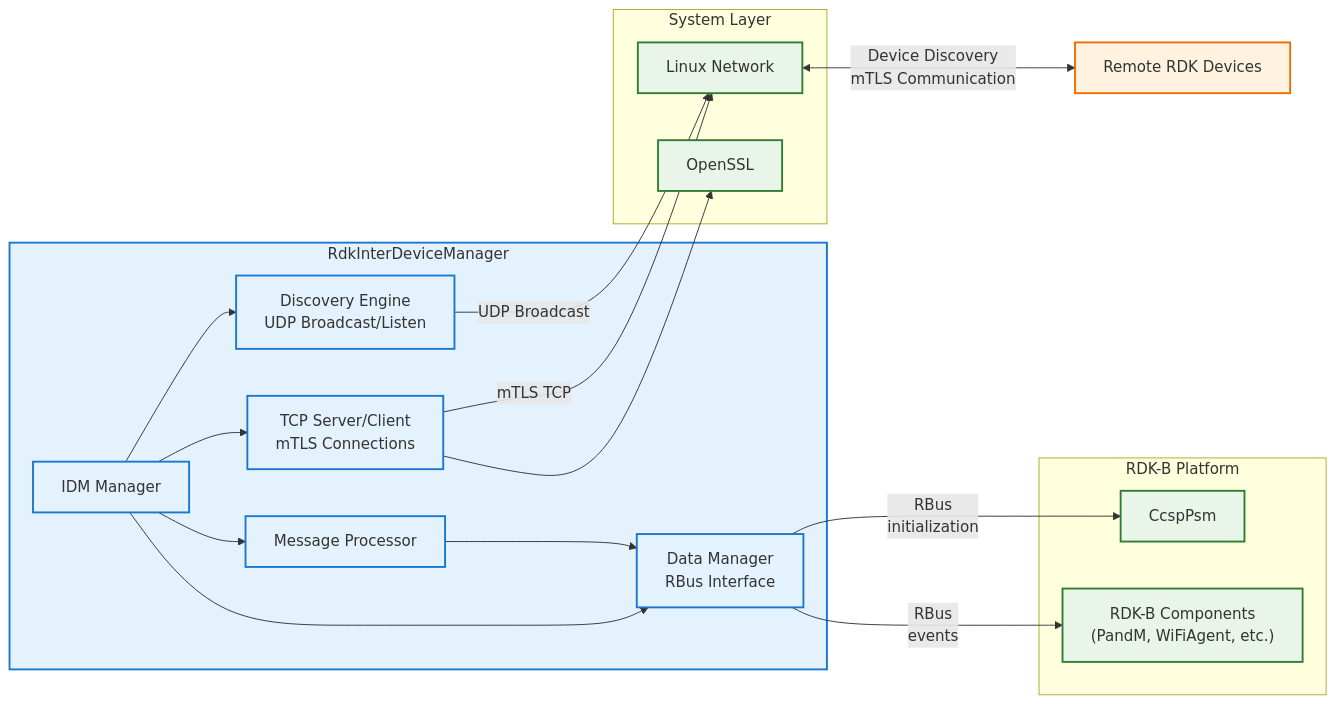
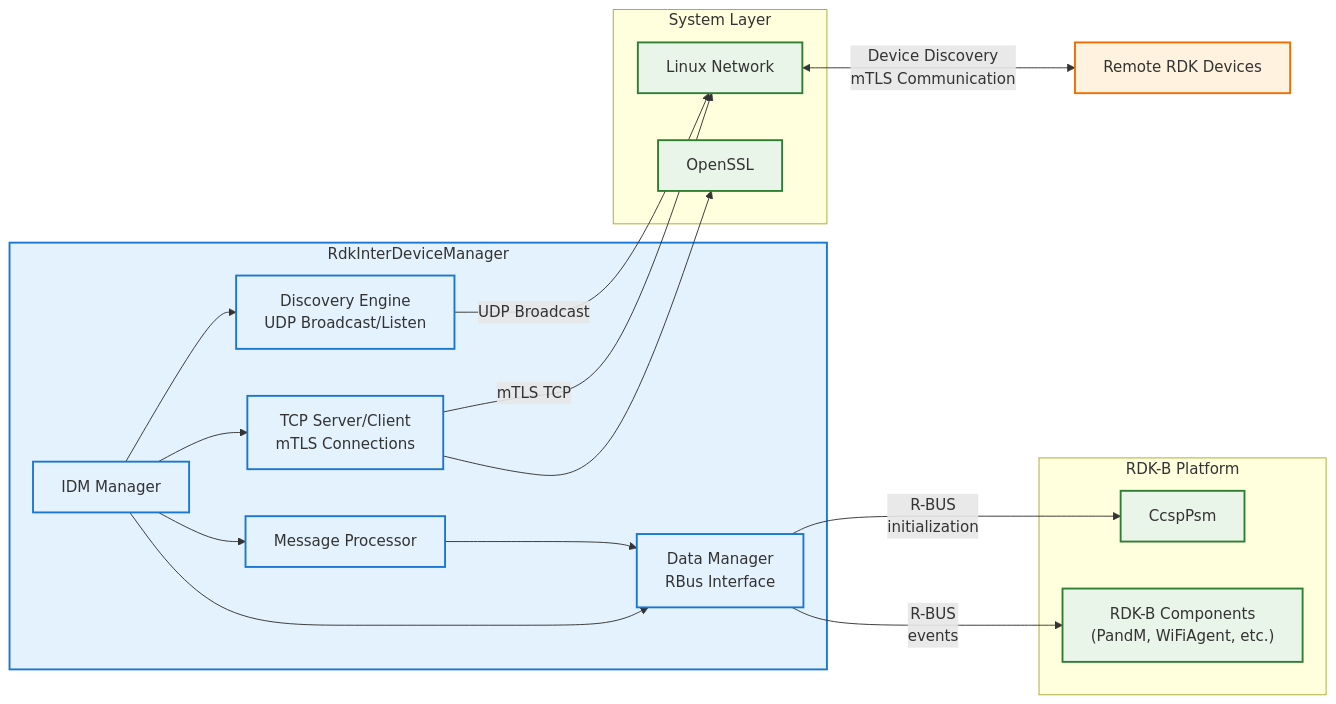
The second of 9 diagrams in docs/README.md (rdkcentral/RdkInterDeviceManager), drawn with Mermaid before and after one commit. The commit also changed other lines of this file, not shown here.

````diff
--- a/docs/README.md
+++ b/docs/README.md
@@ -77,45 +77,45 @@
 ```mermaid
 graph LR
     subgraph IDM ["RdkInterDeviceManager"]
         MGR["IDM Manager"]
         DISC["Discovery Engine<br/>UDP Broadcast/Listen"]
         TCP["TCP Server/Client<br/>mTLS Connections"]
         MSG["Message Processor"]
         DATA["Data Manager<br/>RBus Interface"]
     end
 
     subgraph RDK ["RDK-B Platform"]
         PANDM["RDK-B Components<br/>(PandM, WiFiAgent, etc.)"]
         PSM["CcspPsm"]
     end
 
     subgraph Sys ["System Layer"]
         OpenSSL["OpenSSL"]
         Network["Linux Network"]
     end
 
     Remote["Remote RDK Devices"]
 
     MGR --> DISC
     MGR --> TCP
     MGR --> MSG
     MGR --> DATA
-    
+
     DISC -->|UDP Broadcast| Network
     TCP -->|mTLS TCP| Network
     TCP --> OpenSSL
     MSG --> DATA
-    
-    DATA -->|RBus<br/>initialization| PSM
-    DATA -->|RBus<br/>events| PANDM
-    
+
+    DATA -->|R-BUS<br/>initialization| PSM
+    DATA -->|R-BUS<br/>events| PANDM
+
     Network <-->|Device Discovery<br/>mTLS Communication| Remote
 
     classDef comp fill:#e3f2fd,stroke:#1976d2,stroke-width:2px
     classDef system fill:#e8f5e8,stroke:#2e7d32,stroke-width:2px
     classDef external fill:#fff3e0,stroke:#ef6c00,stroke-width:2px
 
     class IDM,MGR,DISC,TCP,MSG,DATA comp
     class OpenSSL,Network,PSM,PANDM system
     class Remote external
 ```
````
